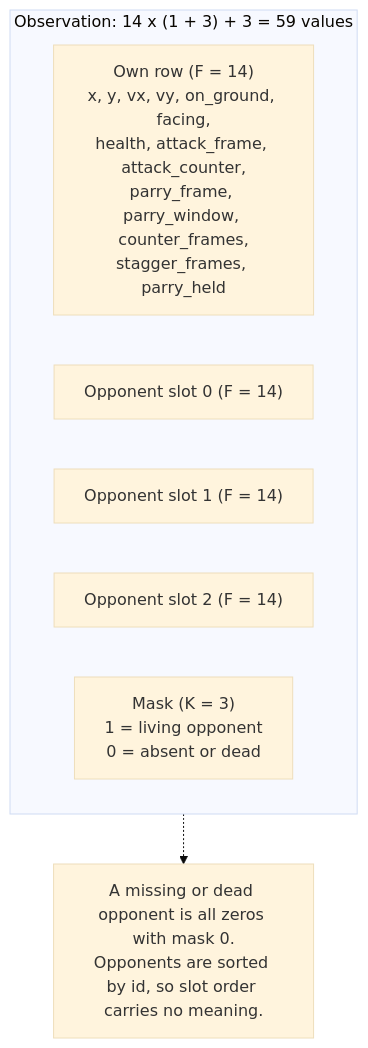
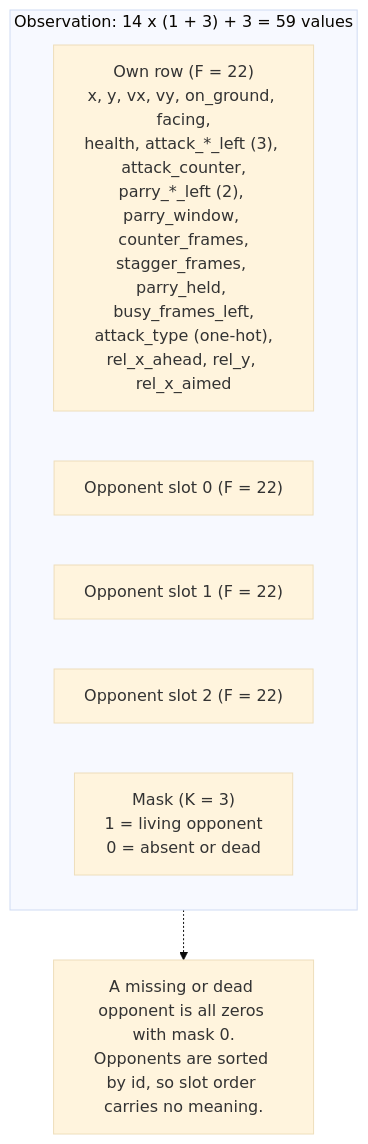
The second of 5 diagrams in docs/network.md (Martin-Jin/arena-rl), drawn with Mermaid (base theme) before and after one commit. The commit also changed other lines of this file and 14 other files, not shown here.

Commit message:
Gave the agent frames-left countdowns, relative distances and an attack type so it reads threats by timing and reach.

````diff
--- a/docs/network.md
+++ b/docs/network.md
@@ -40,13 +40,13 @@
 ```mermaid
 flowchart TB
     subgraph IN["Observation: 14 x (1 + 3) + 3 = 59 values"]
         direction LR
-        S["Own row (F = 14)<br/>x, y, vx, vy, on_ground, facing,<br/>health, attack_frame, attack_counter,<br/>parry_frame, parry_window, counter_frames,<br/>stagger_frames, parry_held"]
-        O1["Opponent slot 0 (F = 14)"]
-        O2["Opponent slot 1 (F = 14)"]
-        O3["Opponent slot 2 (F = 14)"]
+        S["Own row (F = 22)<br/>x, y, vx, vy, on_ground, facing,<br/>health, attack_*_left (3), attack_counter,<br/>parry_*_left (2), parry_window, counter_frames,<br/>stagger_frames, parry_held, busy_frames_left,<br/>attack_type (one-hot),<br/>rel_x_ahead, rel_y, rel_x_aimed"]
+        O1["Opponent slot 0 (F = 22)"]
+        O2["Opponent slot 1 (F = 22)"]
+        O3["Opponent slot 2 (F = 22)"]
         M["Mask (K = 3)<br/>1 = living opponent<br/>0 = absent or dead"]
     end
     NOTE["A missing or dead opponent is all zeros with mask 0.<br/>Opponents are sorted by id, so slot order carries no meaning."]
     IN -.-> NOTE
 ```
````
